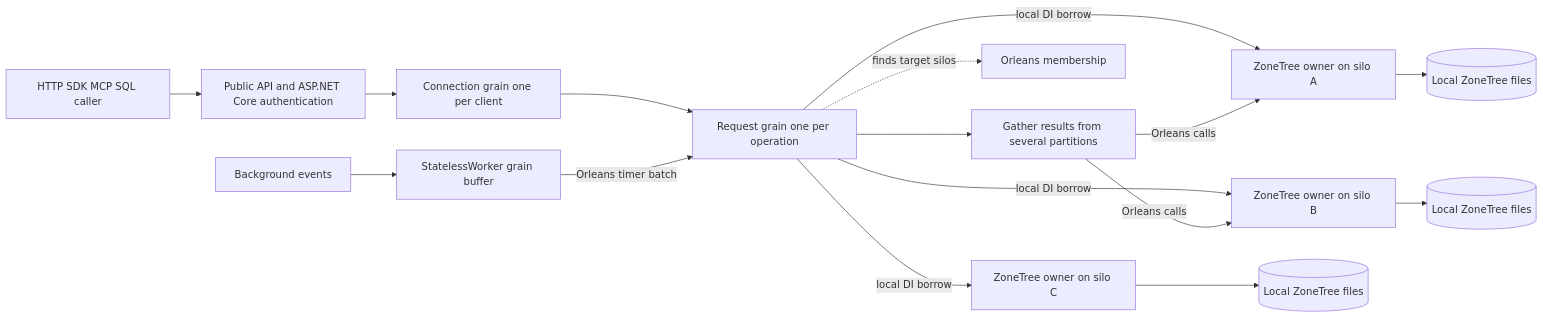
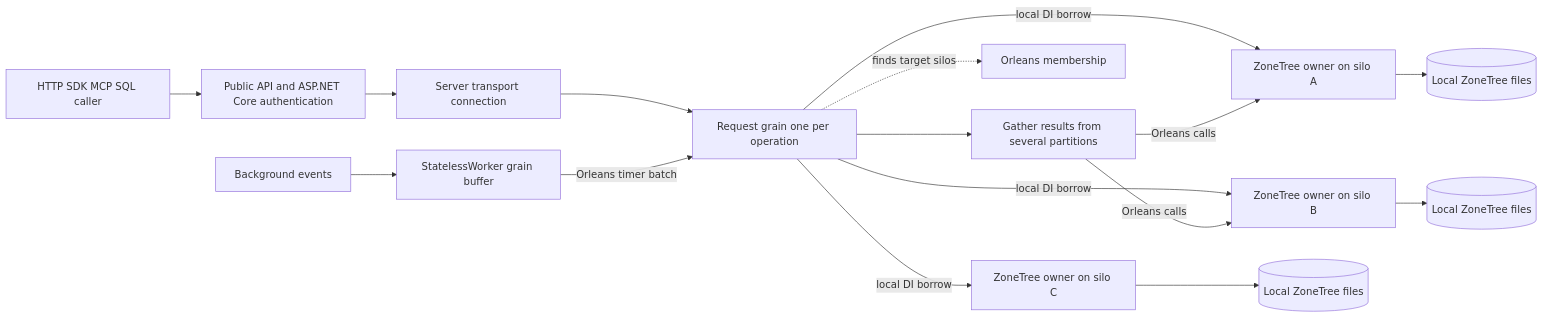
One commit to managedcode/KeyLoad changed the third of 26 diagrams in docs/Architecture.md. Above: the diagram before and after it, drawn with Mermaid. The commit also changed other lines of this file and 27 other files, not shown here.

````diff
--- a/docs/Architecture.md
+++ b/docs/Architecture.md
@@ -122,18 +121,18 @@
 ```mermaid
 flowchart LR
     Caller[HTTP SDK MCP SQL caller] --> Api[Public API and ASP.NET Core authentication]
-    Api --> Connection[Connection grain one per client]
+    Api --> Connection[Server transport connection]
     Connection --> Partition[Request grain one per operation]
     Partition --> Gather[Gather results from several partitions]
     Partition -.->|finds target silos| Membership[Orleans membership]
     Partition -->|local DI borrow| OwnerA[ZoneTree owner on silo A]
     Partition -->|local DI borrow| OwnerB[ZoneTree owner on silo B]
     Partition -->|local DI borrow| OwnerC[ZoneTree owner on silo C]
     Gather -->|Orleans calls| OwnerA
     Gather -->|Orleans calls| OwnerB
     OwnerA --> FilesA[(Local ZoneTree files)]
     OwnerB --> FilesB[(Local ZoneTree files)]
     OwnerC --> FilesC[(Local ZoneTree files)]
     Events[Background events] --> Worker[StatelessWorker grain buffer]
     Worker -->|Orleans timer batch| Partition
 ```
````
